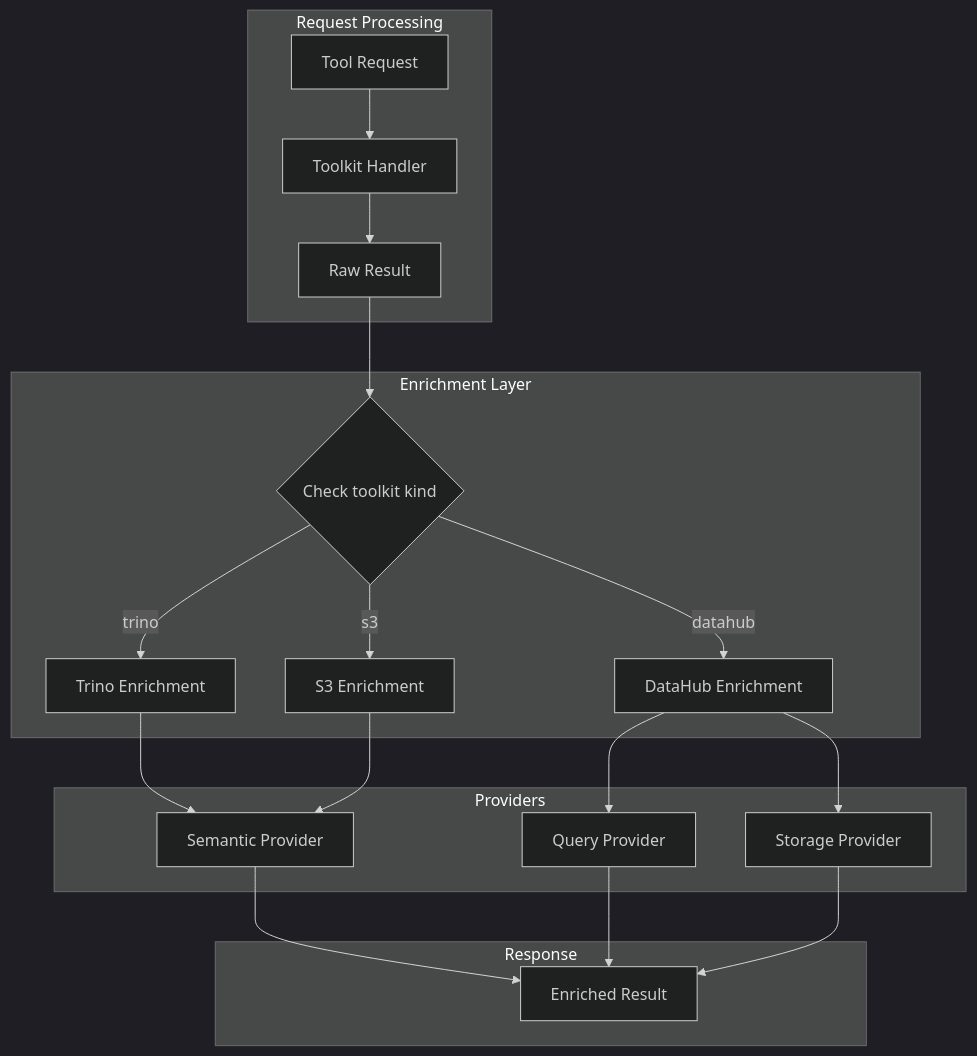
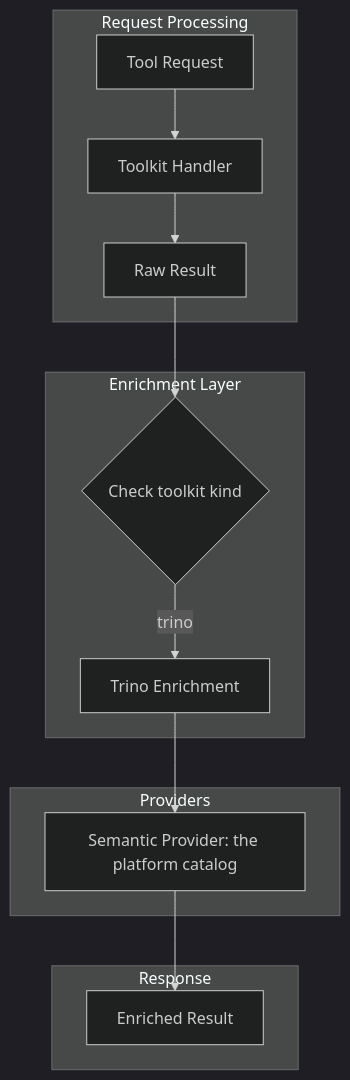
One commit to txn2/mcp-data-platform changed the third of 4 diagrams in docs/cross-enrichment/overview.md. Above: the diagram before and after it, drawn with Mermaid (dark theme). The commit also changed other lines of this file and 746 other files, not shown here.

First line of the commit message:
feat(catalog): portal catalog, search/fetch reads, DataHub removed (#1916) (#2123)

````diff
--- a/docs/cross-enrichment/overview.md
+++ b/docs/cross-enrichment/overview.md
@@ -73,42 +67,31 @@
 ```mermaid
 flowchart TB
     subgraph "Request Processing"
         Req[Tool Request]
         Toolkit[Toolkit Handler]
         Result[Raw Result]
     end
 
     subgraph "Enrichment Layer"
         Check{Check toolkit kind}
         TrinoEnrich[Trino Enrichment]
-        DataHubEnrich[DataHub Enrichment]
-        S3Enrich[S3 Enrichment]
     end
 
     subgraph "Providers"
-        Semantic[Semantic Provider]
-        Query[Query Provider]
-        Storage[Storage Provider]
+        Semantic[Semantic Provider: the platform catalog]
     end
 
     subgraph "Response"
         Enriched[Enriched Result]
     end
 
     Req --> Toolkit
     Toolkit --> Result
     Result --> Check
 
     Check -->|trino| TrinoEnrich
-    Check -->|datahub| DataHubEnrich
-    Check -->|s3| S3Enrich
 
     TrinoEnrich --> Semantic
-    DataHubEnrich --> Query
-    DataHubEnrich --> Storage
-    S3Enrich --> Semantic
 
     Semantic --> Enriched
-    Query --> Enriched
-    Storage --> Enriched
 ```
````
